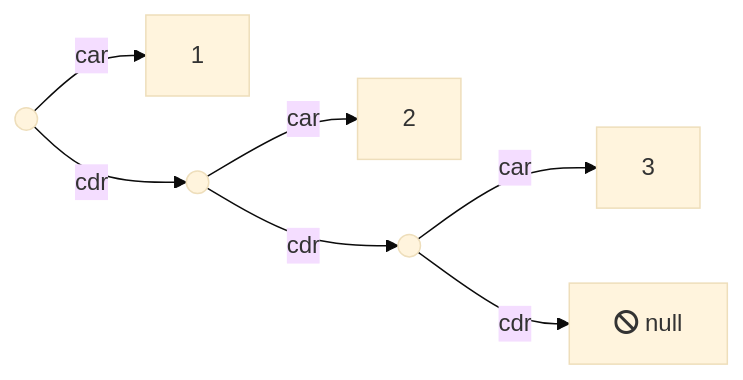
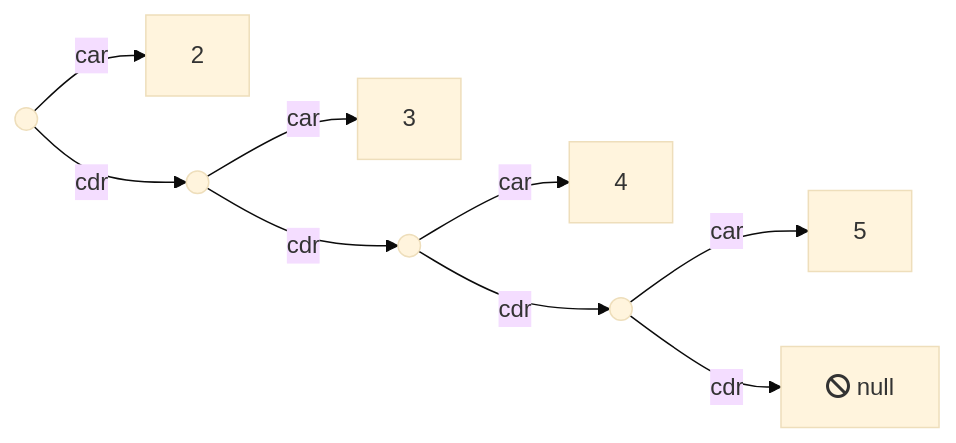
One commit to raganwald/raganwald.github.com changed the second of 2 diagrams in _posts/2019-01-11-another-look-at-lisp.md. Above: the diagram before and after it, drawn with Mermaid (base theme). The commit also changed other lines of this file and 1 other file, not shown here.

```diff
--- a/_posts/2019-01-11-another-look-at-lisp.md
+++ b/_posts/2019-01-11-another-look-at-lisp.md
@@ -248,9 +81,11 @@
 <div class="mermaid">
   graph LR
-    one(( ))-- car -->a["1"]
-    one-- cdr -->two(( ))
-    two-- car -->b["2"]
+    two(( ))-- car -->b["2"]
     two-- cdr -->three(( ))
     three-- car -->c["3"]
-    three-- cdr -->null["fa:fa-ban null"]
+    three-- cdr -->four(( ))
+    four-- car -->d["4"]
+    four-- cdr -->five(( ))
+    five-- car -->e["5"]
+    five-- cdr -->null["fa:fa-ban null"];
 </div>
```
